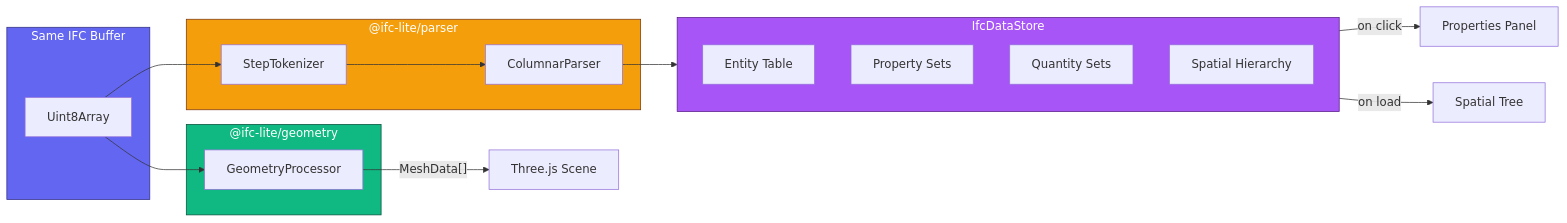
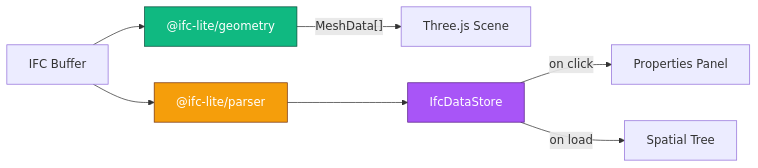
One commit to louistrue/ifc-lite changed the second of 3 diagrams in docs/tutorials/threejs-integration.md. Above: the diagram before and after it, drawn with Mermaid. The commit also changed other lines of this file and 1 other file, not shown here.

First line of the commit message:
docs: shorten data extraction sections, keep essence

````diff
--- a/docs/tutorials/threejs-integration.md
+++ b/docs/tutorials/threejs-integration.md
@@ -423,37 +421,15 @@
 ```mermaid
 flowchart LR
-    subgraph IFC["Same IFC Buffer"]
-        Buffer["Uint8Array"]
-    end
+    Buffer["IFC Buffer"] --> GP["@ifc-lite/geometry"]
+    GP -->|"MeshData[]"| Scene["Three.js Scene"]
 
-    subgraph Geometry["@ifc-lite/geometry"]
-        GP["GeometryProcessor"]
-    end
+    Buffer --> Parser["@ifc-lite/parser"]
+    Parser --> Store["IfcDataStore"]
 
-    subgraph Parser["@ifc-lite/parser"]
-        Tokenizer["StepTokenizer"]
-        ColParser["ColumnarParser"]
-    end
+    Store -->|"on click"| Panel["Properties Panel"]
+    Store -->|"on load"| Tree["Spatial Tree"]
 
-    subgraph DataStore["IfcDataStore"]
-        Entities["Entity Table"]
-        Props["Property Sets"]
-        Quants["Quantity Sets"]
-        Spatial["Spatial Hierarchy"]
-    end
-
-    Buffer --> GP
-    GP -->|"MeshData[]"| ThreeJS["Three.js Scene"]
-
-    Buffer --> Tokenizer
-    Tokenizer --> ColParser
-    ColParser --> DataStore
-
-    DataStore -->|"on click"| Panel["Properties Panel"]
-    DataStore -->|"on load"| Tree["Spatial Tree"]
-
-    style IFC fill:#6366f1,stroke:#312e81,color:#fff
-    style Geometry fill:#10b981,stroke:#064e3b,color:#fff
+    style GP fill:#10b981,stroke:#064e3b,color:#fff
     style Parser fill:#f59e0b,stroke:#78350f,color:#fff
-    style DataStore fill:#a855f7,stroke:#581c87,color:#fff
+    style Store fill:#a855f7,stroke:#581c87,color:#fff
 ```
````
